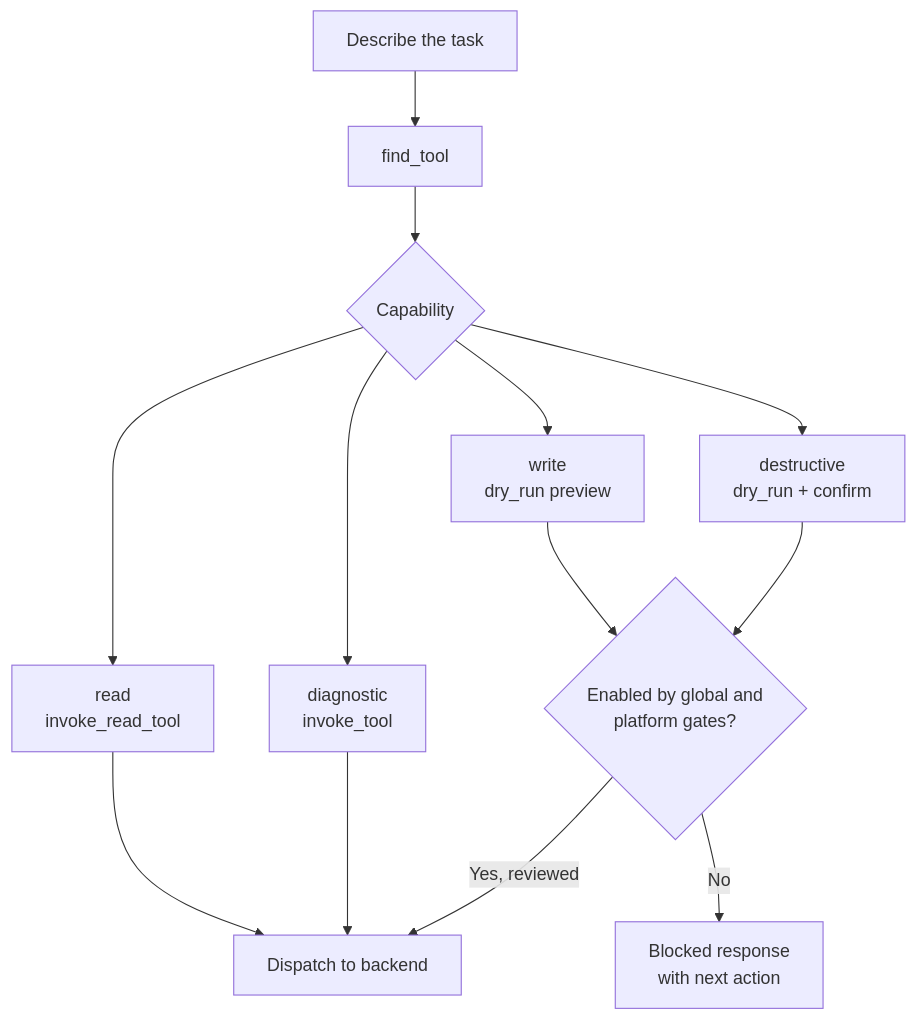
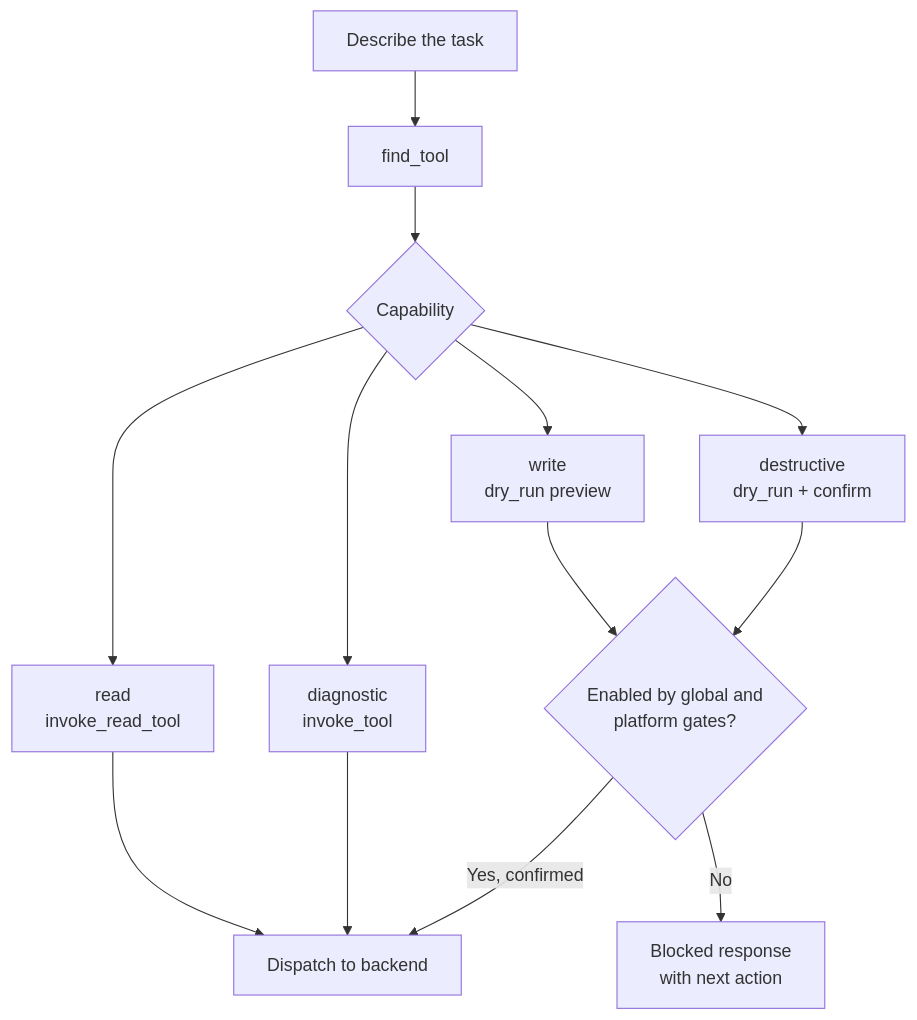
The diagram in docs/diagrams/router-safety-flow.mmd (secure-ssid/hpe-networking-mcp), drawn with Mermaid before and after one commit. The commit also changed 89 other files, not shown here.

```diff
--- a/docs/diagrams/router-safety-flow.mmd
+++ b/docs/diagrams/router-safety-flow.mmd
@@ -1,19 +1,19 @@
 flowchart TD
     request["Describe the task"]
     find["find_tool"]
     capability{"Capability"}
     read["read<br/>invoke_read_tool"]
     diagnostic["diagnostic<br/>invoke_tool"]
     write["write<br/>dry_run preview"]
     destructive["destructive<br/>dry_run + confirm"]
     gate{"Enabled by global and<br/>platform gates?"}
     blocked["Blocked response<br/>with next action"]
     execute["Dispatch to backend"]
 
     request --> find --> capability
     capability --> read --> execute
     capability --> diagnostic --> execute
     capability --> write --> gate
     capability --> destructive --> gate
     gate -->|"No"| blocked
-    gate -->|"Yes, reviewed"| execute
+    gate -->|"Yes, confirmed"| execute
```
